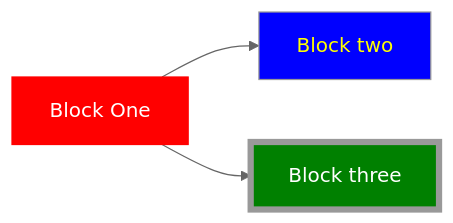
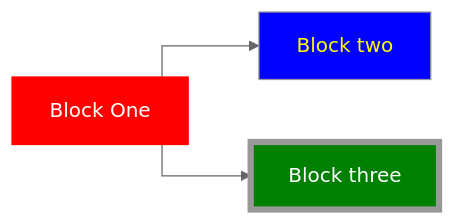
Before and after one commit to stephening/testmermaid: the diagram in README.md, drawn with Mermaid (neutral theme).

````diff
--- a/README.md
+++ b/README.md
@@ -4,8 +4,9 @@
 ```mermaid
+%%{ init: { 'flowchart': { 'curve': 'stepBefore' } } }%%
 graph LR
 b1[Block One]-->b2[Block two]
 style b1 fill:red,stroke:red,shadow:shadow,color:white
 style b2 fill:blue,color:yellow
 b1-->b3[Block three]
 style b3 fill:green,color:white,stroke-width:5px
 ```
````
